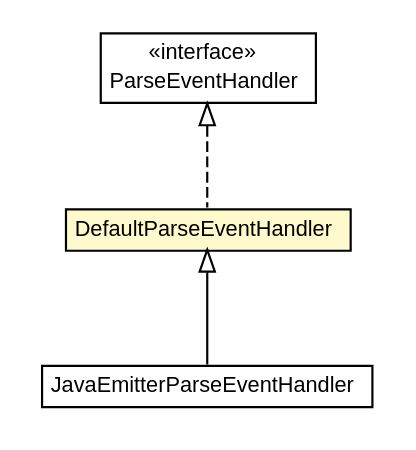
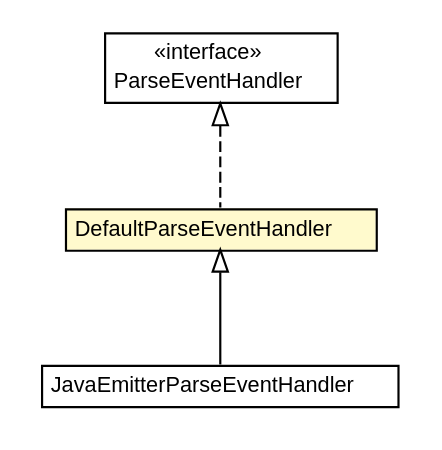
The diagram in jetng-core/apidocs/net/trajano/jetng/DefaultParseEventHandler.dot (trajano/jetng), drawn with Graphviz before and after one commit. The commit also changed 185 other files, not shown here.

```diff
--- a/jetng-core/apidocs/net/trajano/jetng/DefaultParseEventHandler.dot
+++ b/jetng-core/apidocs/net/trajano/jetng/DefaultParseEventHandler.dot
@@ -1,35 +1,35 @@
 #!/usr/local/bin/dot
 #
 # Class diagram 
 # Generated by UMLGraph version R5_6-24-gf6e263 (http://www.umlgraph.org/)
 #
 
 digraph G {
-	edge [fontname="arial",fontsize=10,labelfontname="arial",labelfontsize=10];
-	node [fontname="arial",fontsize=10,shape=plaintext];
+	edge [fontname="Helvetica",fontsize=10,labelfontname="Helvetica",labelfontsize=10];
+	node [fontname="Helvetica",fontsize=10,shape=plaintext];
 	nodesep=0.25;
 	ranksep=0.5;
 	// net.trajano.jetng.ParseEventHandler
 	c65 [label=<<table title="net.trajano.jetng.ParseEventHandler" border="0" cellborder="1" cellspacing="0" cellpadding="2" port="p" href="./ParseEventHandler.html">
 		<tr><td><table border="0" cellspacing="0" cellpadding="1">
 <tr><td align="center" balign="center"> &#171;interface&#187; </td></tr>
 <tr><td align="center" balign="center"> ParseEventHandler </td></tr>
 		</table></td></tr>
-		</table>>, URL="./ParseEventHandler.html", fontname="arial", fontcolor="black", fontsize=10.0];
+		</table>>, URL="./ParseEventHandler.html", fontname="Helvetica", fontcolor="black", fontsize=10.0];
 	// net.trajano.jetng.JavaEmitterParseEventHandler
-	c67 [label=<<table title="net.trajano.jetng.JavaEmitterParseEventHandler" border="0" cellborder="1" cellspacing="0" cellpadding="2" port="p" href="./JavaEmitterParseEventHandler.html">
+	c66 [label=<<table title="net.trajano.jetng.JavaEmitterParseEventHandler" border="0" cellborder="1" cellspacing="0" cellpadding="2" port="p" href="./JavaEmitterParseEventHandler.html">
 		<tr><td><table border="0" cellspacing="0" cellpadding="1">
 <tr><td align="center" balign="center"> JavaEmitterParseEventHandler </td></tr>
 		</table></td></tr>
-		</table>>, URL="./JavaEmitterParseEventHandler.html", fontname="arial", fontcolor="black", fontsize=10.0];
+		</table>>, URL="./JavaEmitterParseEventHandler.html", fontname="Helvetica", fontcolor="black", fontsize=10.0];
 	// net.trajano.jetng.DefaultParseEventHandler
 	c68 [label=<<table title="net.trajano.jetng.DefaultParseEventHandler" border="0" cellborder="1" cellspacing="0" cellpadding="2" port="p" bgcolor="lemonChiffon" href="./DefaultParseEventHandler.html">
 		<tr><td><table border="0" cellspacing="0" cellpadding="1">
 <tr><td align="center" balign="center"> DefaultParseEventHandler </td></tr>
 		</table></td></tr>
-		</table>>, URL="./DefaultParseEventHandler.html", fontname="arial", fontcolor="black", fontsize=10.0];
+		</table>>, URL="./DefaultParseEventHandler.html", fontname="Helvetica", fontcolor="black", fontsize=10.0];
 	//net.trajano.jetng.JavaEmitterParseEventHandler extends net.trajano.jetng.DefaultParseEventHandler
-	c68:p -> c67:p [dir=back,arrowtail=empty];
+	c68:p -> c66:p [dir=back,arrowtail=empty];
 	//net.trajano.jetng.DefaultParseEventHandler implements net.trajano.jetng.ParseEventHandler
 	c65:p -> c68:p [dir=back,arrowtail=empty,style=dashed];
 }
```
